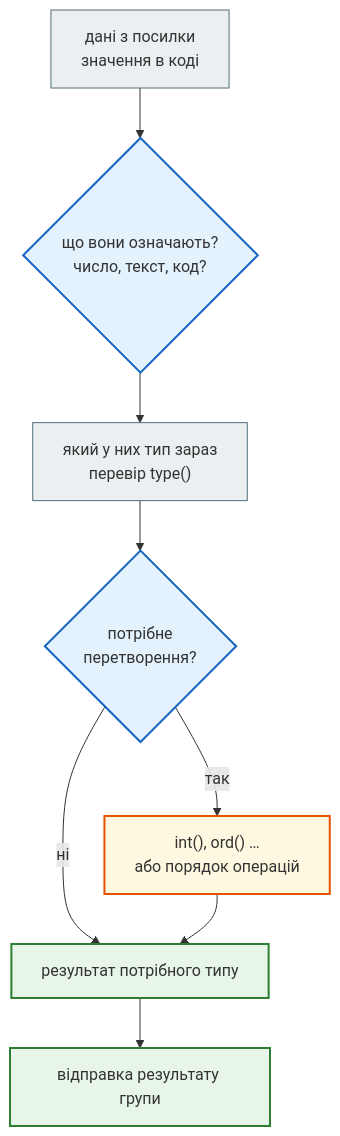
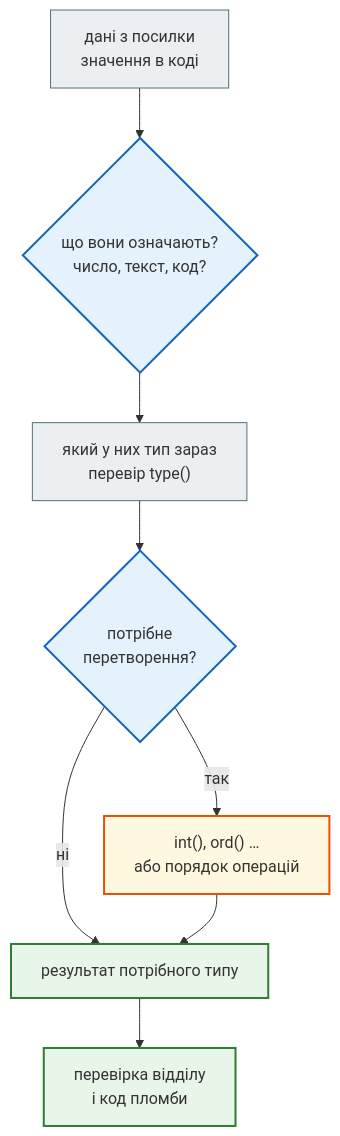
The fifth of 5 diagrams in docs/modules/m1/lesson_03.md (BohomolovR/PY-Course-Victor-Nikoriak-22-09-2026), drawn with Mermaid before and after one commit. The commit also changed other lines of this file and 7 other files, not shown here.

````diff
--- a/docs/modules/m1/lesson_03.md
+++ b/docs/modules/m1/lesson_03.md
@@ -456,21 +460,21 @@
 ```mermaid
 flowchart TD
     classDef step     fill:#eceff1,stroke:#546e7a,stroke-width:1px;
     classDef decision fill:#e3f2fd,stroke:#1565c0,stroke-width:2px;
     classDef success  fill:#e8f5e9,stroke:#2e7d32,stroke-width:2px;
     classDef error    fill:#ffebee,stroke:#c62828,stroke-width:3px;
     classDef warning  fill:#fff8e1,stroke:#e65100,stroke-width:2px;
 
     D["дані з посилки<br>значення в коді"] --> M{"що вони означають?<br>число, текст, код?"}
     M --> T["який у них тип зараз<br>перевір type()"]
     T --> C{"потрібне<br>перетворення?"}
     C -- так --> X["int(), ord() …<br>або порядок операцій"]
     C -- ні --> R
     X --> R["результат потрібного типу"]
-    R --> S["відправка результату групи"]
+    R --> S["перевірка відділу<br>і код пломби"]
 
     class D,T step
     class M,C decision
     class X warning
     class R,S success
 ```
````
